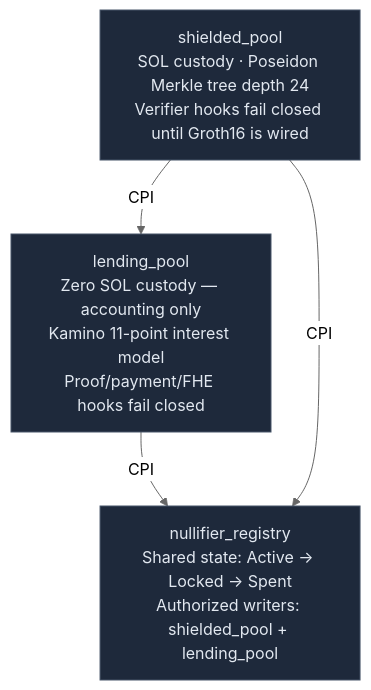
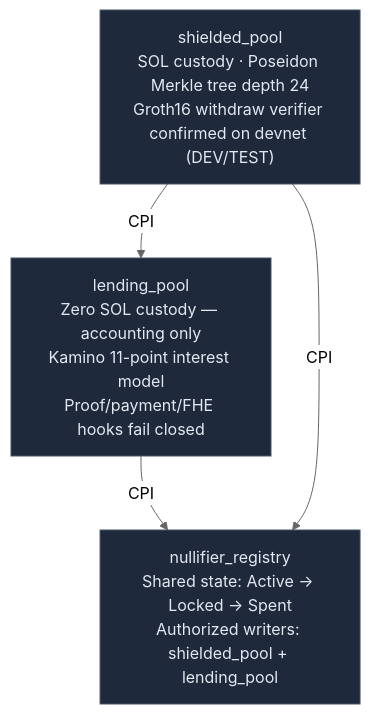
One commit to cryptosingheth/shieldlend-solana changed the diagram in README.md. Above: the diagram before and after it, drawn with Mermaid (neutral theme). The commit also changed other lines of this file and 1 other file, not shown here.

First line of the commit message:
docs: reconcile status after devnet withdraw proof roundtrip

````diff
--- a/README.md
+++ b/README.md
@@ -92,12 +93,12 @@
 ```mermaid
 flowchart TD
     classDef prog fill:#1e293b,stroke:#475569,color:#e2e8f0
 
-    SP["shielded_pool\nSOL custody · Poseidon Merkle tree depth 24\nVerifier hooks fail closed until Groth16 is wired"]:::prog
+    SP["shielded_pool\nSOL custody · Poseidon Merkle tree depth 24\nGroth16 withdraw verifier confirmed on devnet (DEV/TEST)"]:::prog
     LP["lending_pool\nZero SOL custody — accounting only\nKamino 11-point interest model\nProof/payment/FHE hooks fail closed"]:::prog
     NR["nullifier_registry\nShared state: Active → Locked → Spent\nAuthorized writers: shielded_pool + lending_pool"]:::prog
 
     SP -->|CPI| LP
     LP -->|CPI| NR
     SP -->|CPI| NR
 ```
````
